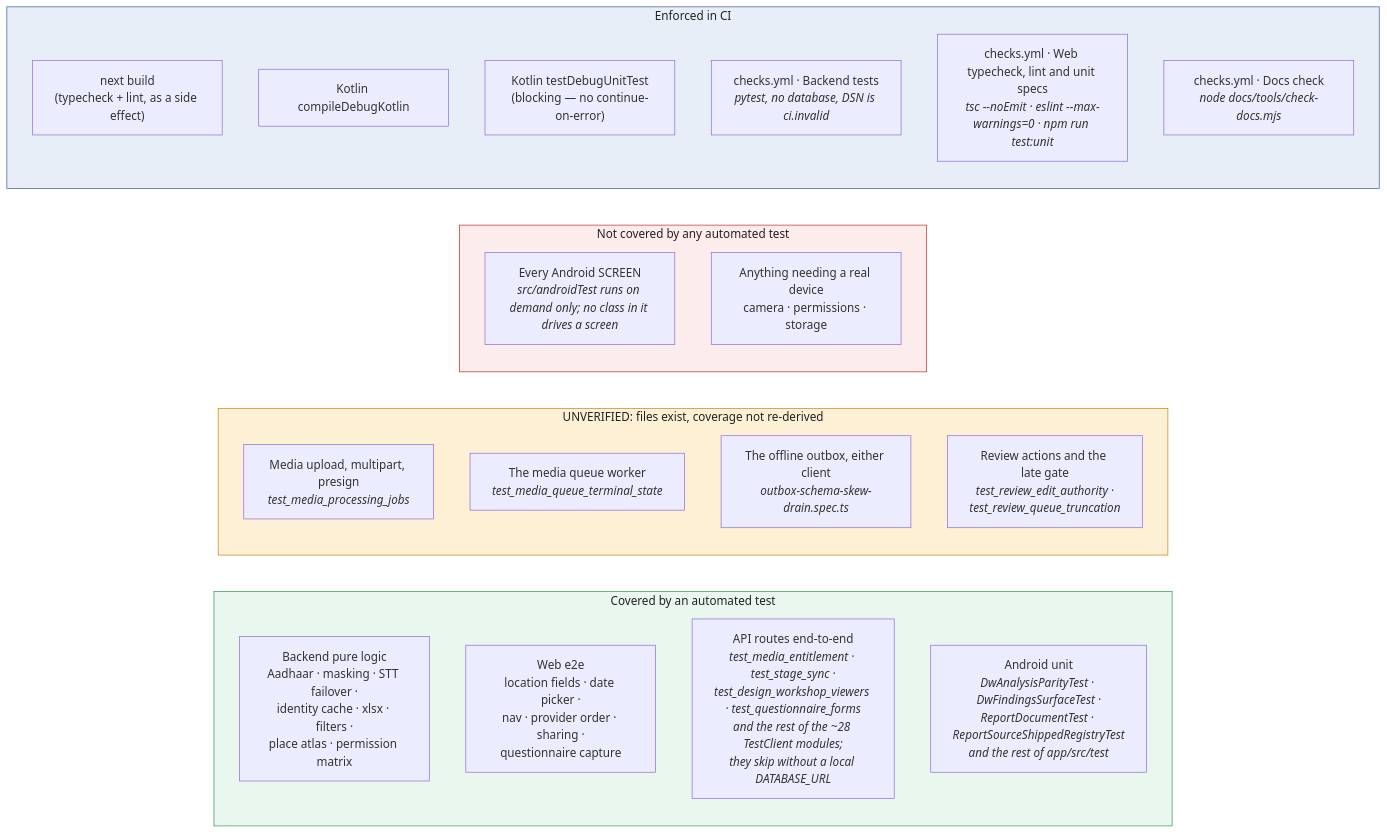
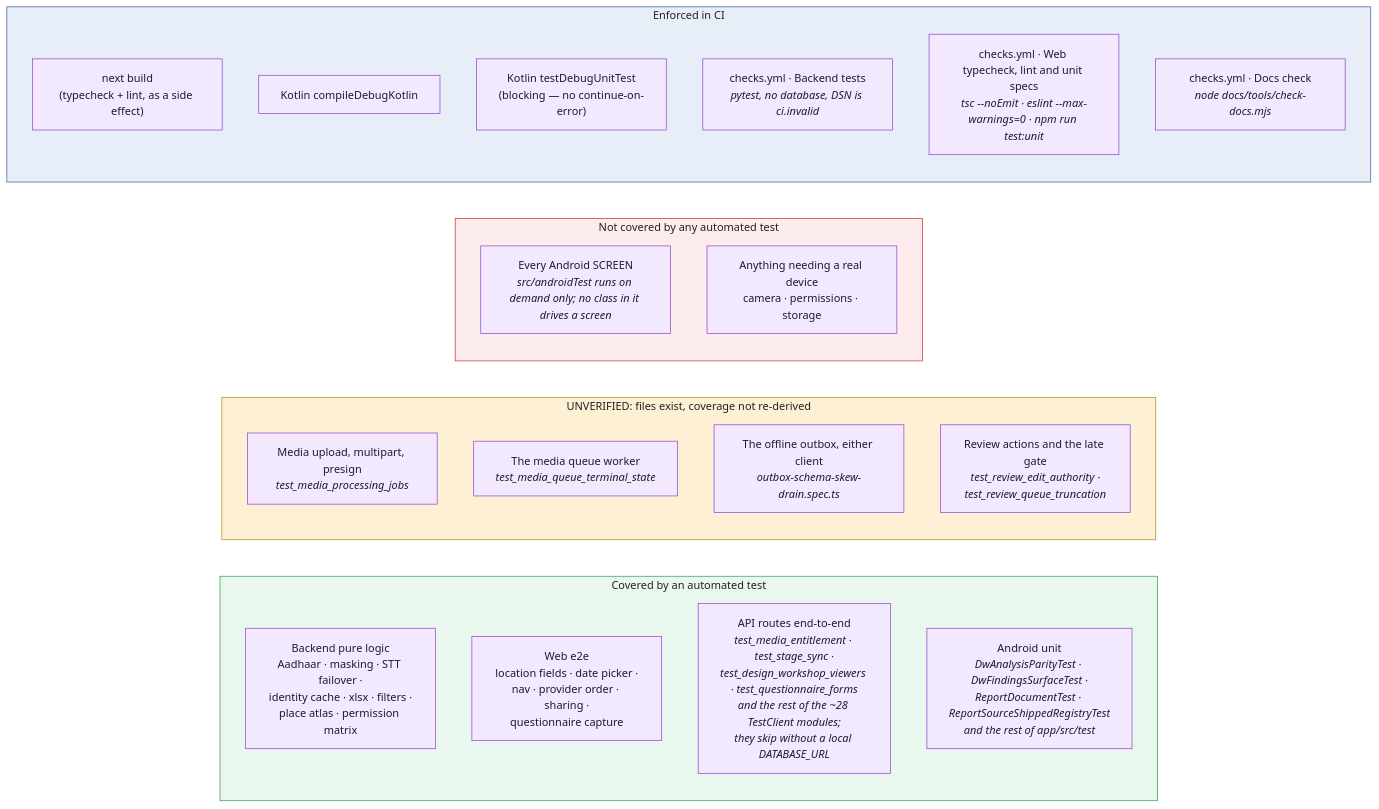
Before and after one commit to cxacraftecosystem-ui/designer-portal: the diagram in docs/QA_AUDIT.md, drawn with Mermaid. The commit also changed 32 other files, not shown here.

Commit message:
README showcase: the front page rebuilt on the kit (AI suite, transcripts, questionnaires, Ministry, data, offline, infrastructure, security, CI and releases), kit variants and rendered-page previews, every docs diagram themed and checked

````diff
--- a/docs/QA_AUDIT.md
+++ b/docs/QA_AUDIT.md
@@ -16,32 +16,33 @@
 ```mermaid
+%%{init: {"theme":"base","themeVariables":{"fontFamily":"Inter, ui-sans-serif, system-ui, -apple-system, Segoe UI, Roboto, Helvetica, Arial, sans-serif","fontSize":"15px","primaryColor":"#F2E9FE","primaryTextColor":"#1E1B2E","primaryBorderColor":"#9148D2","secondaryColor":"#FAEECD","secondaryTextColor":"#1E1B2E","secondaryBorderColor":"#CD9200","tertiaryColor":"#F3F1FA","tertiaryTextColor":"#1E1B2E","tertiaryBorderColor":"#A7A3BC","mainBkg":"#F2E9FE","nodeBorder":"#9148D2","nodeTextColor":"#1E1B2E","lineColor":"#AA69E9","textColor":"#857F9E","edgeLabelBackground":"#F9F5FF","clusterBkg":"#F9F5FF","clusterBorder":"#D6B6FB","titleColor":"#762CB1","noteBkgColor":"#FAEECD","noteTextColor":"#1E1B2E","noteBorderColor":"#CD9200","actorBkg":"#F2E9FE","actorBorder":"#9148D2","actorTextColor":"#1E1B2E","actorLineColor":"#AA69E9","signalColor":"#AA69E9","signalTextColor":"#857F9E","labelBoxBkgColor":"#F2E9FE","labelBoxBorderColor":"#9148D2","labelTextColor":"#1E1B2E","loopTextColor":"#857F9E","activationBkgColor":"#E7D5FE","activationBorderColor":"#9148D2","sequenceNumberColor":"#FFFFFF","transitionColor":"#AA69E9","transitionLabelColor":"#857F9E","stateLabelColor":"#1E1B2E","stateBkg":"#F2E9FE","compositeBackground":"#F9F5FF","compositeTitleBackground":"#F2E9FE","attributeBackgroundColorOdd":"#FFFFFF","attributeBackgroundColorEven":"#F9F5FF","relationColor":"#AA69E9","relationLabelBackground":"#F9F5FF","relationLabelColor":"#1E1B2E"}}}%%
 flowchart LR
   subgraph tested["Covered by an automated test"]
     B1["Backend pure logic<br/>Aadhaar · masking · STT failover ·<br/>identity cache · xlsx · filters ·<br/>place atlas · permission matrix"]
     E1["Web e2e<br/>location fields · date picker ·<br/>nav · provider order · sharing ·<br/>questionnaire capture"]
     R1["API routes end-to-end<br/><i>test_media_entitlement · test_stage_sync ·<br/>test_design_workshop_viewers · test_questionnaire_forms<br/>and the rest of the ~28 TestClient modules;<br/>they skip without a local DATABASE_URL</i>"]
     K1["Android unit<br/><i>DwAnalysisParityTest · DwFindingsSurfaceTest ·<br/>ReportDocumentTest · ReportSourceShippedRegistryTest<br/>and the rest of app/src/test</i>"]
   end
   subgraph unverified["UNVERIFIED: files exist, coverage not re-derived"]
     V1["Media upload, multipart, presign<br/><i>test_media_processing_jobs</i>"]
     V3["The media queue worker<br/><i>test_media_queue_terminal_state</i>"]
     V2["The offline outbox, either client<br/><i>outbox-schema-skew-drain.spec.ts</i>"]
     V4["Review actions and the late gate<br/><i>test_review_edit_authority ·<br/>test_review_queue_truncation</i>"]
   end
   subgraph untested["Not covered by any automated test"]
     U2["Every Android SCREEN<br/><i>src/androidTest runs on demand only; no class in it drives a screen</i>"]
     U7["Anything needing a real device<br/>camera · permissions · storage"]
   end
   subgraph gated["Enforced in CI"]
     G1["next build<br/>(typecheck + lint, as a side effect)"]
     G2["Kotlin compileDebugKotlin"]
     G3["Kotlin testDebugUnitTest<br/>(blocking — no continue-on-error)"]
     G4["checks.yml · Backend tests<br/><i>pytest, no database, DSN is ci.invalid</i>"]
     G5["checks.yml · Web typecheck, lint and unit specs<br/><i>tsc --noEmit · eslint --max-warnings=0 · npm run test:unit</i>"]
     G6["checks.yml · Docs check<br/><i>node docs/tools/check-docs.mjs</i>"]
   end
 
   style untested fill:#fdecec,stroke:#c33,color:#222
   style tested fill:#eaf7ee,stroke:#3a9a5c,color:#222
   style unverified fill:#fdf0d5,stroke:#c08a1e,color:#222
   style gated fill:#e8eef8,stroke:#41639c,color:#222
 ```
````
